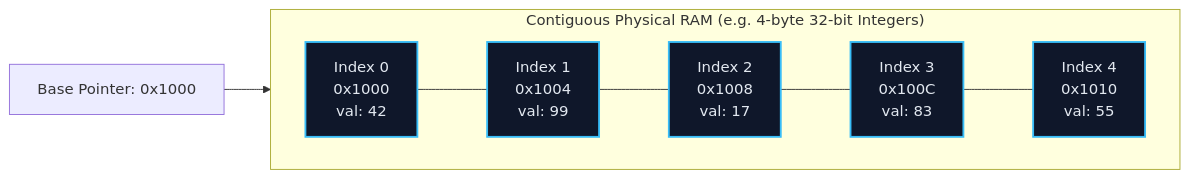
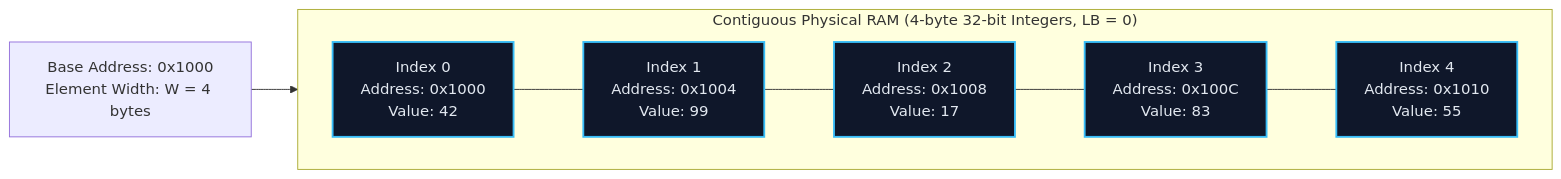
One commit to 1345AbhishekKumar/cs-cookbook changed the second of 15 diagrams in content/docs/dsa/01-foundations-and-linear-structures/02-arrays-and-dynamic-arrays.mdx. Above: the diagram before and after it, drawn with Mermaid. The commit also changed other lines of this file and 211 other files, not shown here.

````diff
--- a/content/docs/dsa/01-foundations-and-linear-structures/02-arrays-and-dynamic-arrays.mdx
+++ b/content/docs/dsa/01-foundations-and-linear-structures/02-arrays-and-dynamic-arrays.mdx
@@ -20,20 +113,20 @@
 ```mermaid
 flowchart LR
-    subgraph RAM["Contiguous Physical RAM (e.g. 4-byte 32-bit Integers)"]
+    subgraph RAM["Contiguous Physical RAM (4-byte 32-bit Integers, LB = 0)"]
         direction LR
-        Slot0["Index 0<br/>0x1000<br/>val: 42"]
-        Slot1["Index 1<br/>0x1004<br/>val: 99"]
-        Slot2["Index 2<br/>0x1008<br/>val: 17"]
-        Slot3["Index 3<br/>0x100C<br/>val: 83"]
-        Slot4["Index 4<br/>0x1010<br/>val: 55"]
+        Slot0["Index 0<br/>Address: 0x1000<br/>Value: 42"]
+        Slot1["Index 1<br/>Address: 0x1004<br/>Value: 99"]
+        Slot2["Index 2<br/>Address: 0x1008<br/>Value: 17"]
+        Slot3["Index 3<br/>Address: 0x100C<br/>Value: 83"]
+        Slot4["Index 4<br/>Address: 0x1010<br/>Value: 55"]
     end
 
-    Base["Base Pointer: 0x1000"] --> Slot0
+    Base["Base Address: 0x1000<br/>Element Width: W = 4 bytes"] --> Slot0
     Slot0 --- Slot1 --- Slot2 --- Slot3 --- Slot4
 
     style Slot0 fill:#0f172a,stroke:#38bdf8,stroke-width:2px,color:#e2e8f0
     style Slot1 fill:#0f172a,stroke:#38bdf8,stroke-width:2px,color:#e2e8f0
     style Slot2 fill:#0f172a,stroke:#38bdf8,stroke-width:2px,color:#e2e8f0
     style Slot3 fill:#0f172a,stroke:#38bdf8,stroke-width:2px,color:#e2e8f0
     style Slot4 fill:#0f172a,stroke:#38bdf8,stroke-width:2px,color:#e2e8f0
 ```
````
